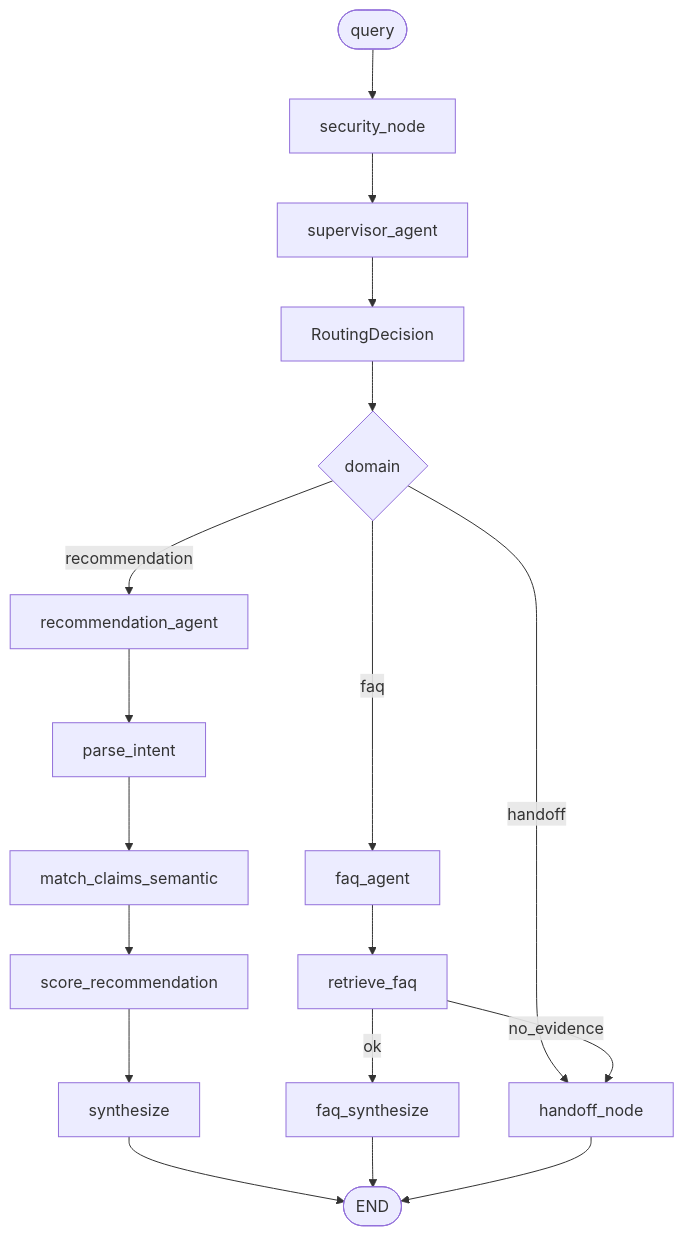
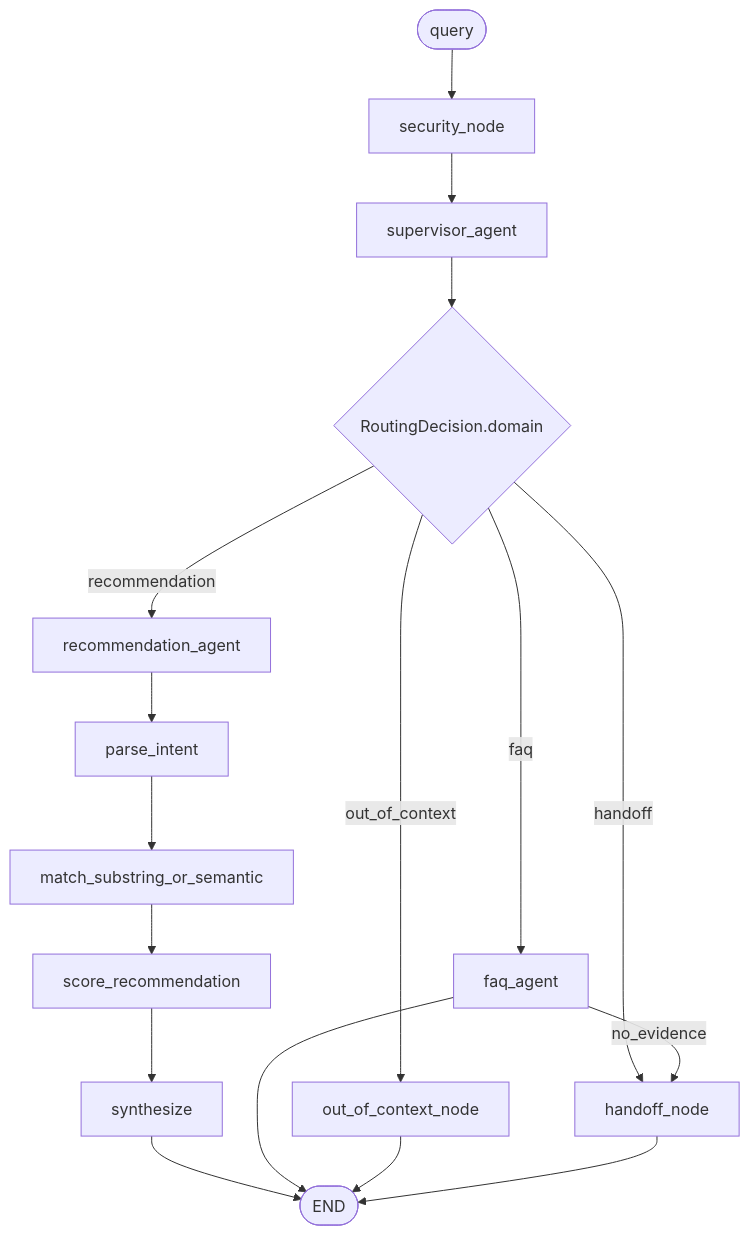
Before and after one commit to andluizsouza/unicamp-llm-agents: the first of 2 diagrams in recfair/docs/adr/0003-multiagent-supervisor.md, drawn with Mermaid. The commit also changed other lines of this file and 15 other files, not shown here.

Commit message:
docs: update README and architecture docs

````diff
--- a/recfair/docs/adr/0003-multiagent-supervisor.md
+++ b/recfair/docs/adr/0003-multiagent-supervisor.md
@@ -44,24 +141,19 @@
 ```mermaid
 flowchart TD
     START([query]) --> SEC[security_node]
     SEC --> SUP[supervisor_agent]
-    SUP --> PLAN[RoutingDecision]
-    PLAN --> ROUTE{domain}
-
+    SUP --> ROUTE{RoutingDecision.domain}
     ROUTE -->|recommendation| REC[recommendation_agent]
     ROUTE -->|faq| FAQ[faq_agent]
+    ROUTE -->|out_of_context| OOC[out_of_context_node]
     ROUTE -->|handoff| HO[handoff_node]
-
+    FAQ -->|no_evidence| HO
     REC --> PI[parse_intent]
-    PI --> CM[match_claims_semantic]
+    PI --> CM[match_substring_or_semantic]
     CM --> ENG[score_recommendation]
     ENG --> SYN[synthesize]
-
-    FAQ --> RET[retrieve_faq]
-    RET -->|no_evidence| HO
-    RET -->|ok| FAQSYN[faq_synthesize]
-
     SYN --> END([END])
-    FAQSYN --> END
+    FAQ --> END
+    OOC --> END
     HO --> END
 ```
````
